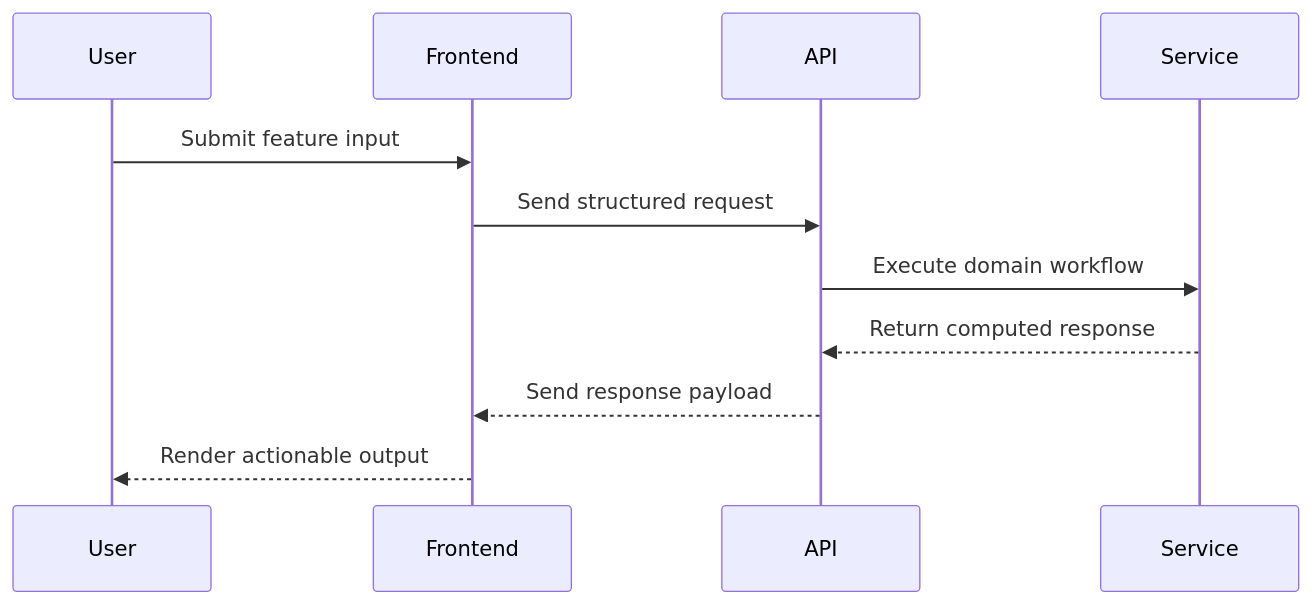
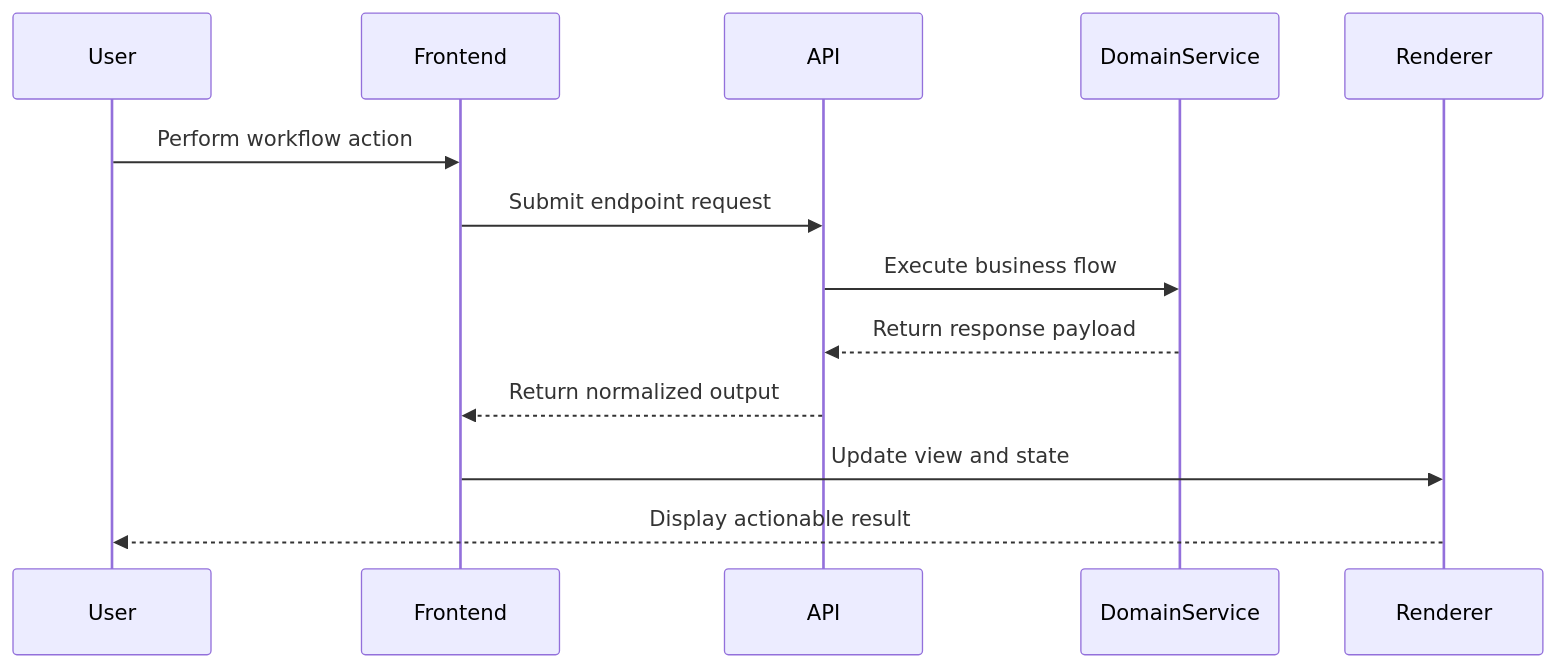
One commit to SAMxENGINEER/ALL_DOCUMENTATIONS- changed the second of 3 diagrams in docs/Projects/FasalMitra/02-system-architecture.md. Above: the diagram before and after it, drawn with Mermaid. The commit also changed other lines of this file and 4 other files, not shown here.

Commit message:
refactor: enhance FasalMitra documentation with detailed user journeys, service contracts, and architectural insights

````diff
--- a/docs/Projects/FasalMitra/02-system-architecture.md
+++ b/docs/Projects/FasalMitra/02-system-architecture.md
@@ -47,14 +71,16 @@
 ```mermaid
 sequenceDiagram
     participant User
     participant Frontend
     participant API
-    participant Service
+    participant DomainService
+    participant Renderer
 
-    User->>Frontend: Submit feature input
-    Frontend->>API: Send structured request
-    API->>Service: Execute domain workflow
-    Service-->>API: Return computed response
-    API-->>Frontend: Send response payload
-    Frontend-->>User: Render actionable output
+    User->>Frontend: Perform workflow action
+    Frontend->>API: Submit endpoint request
+    API->>DomainService: Execute business flow
+    DomainService-->>API: Return response payload
+    API-->>Frontend: Return normalized output
+    Frontend->>Renderer: Update view and state
+    Renderer-->>User: Display actionable result
 ```
````
